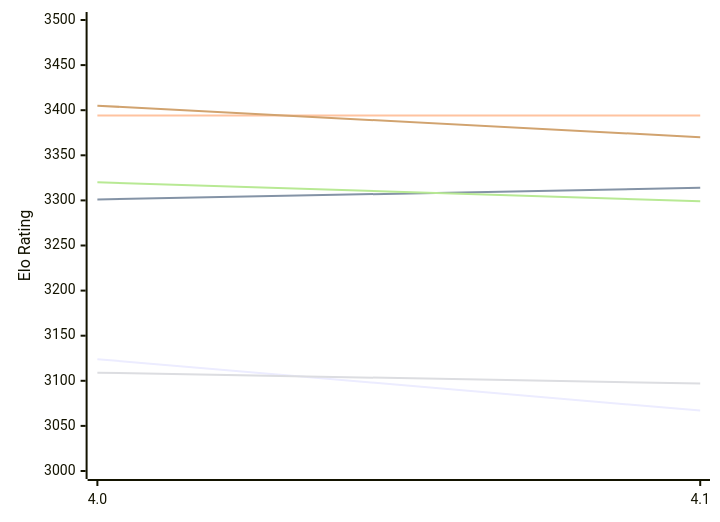
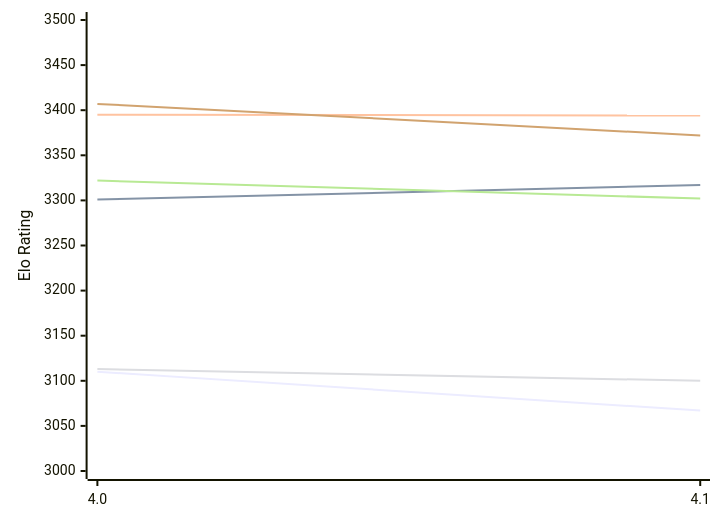
One commit to computer-chess-index/cci changed the first of 2 diagrams in engines/Petrel.md. Above: the diagram before and after it, drawn with Mermaid. The commit also changed other lines of this file, not shown here.

Commit message:
Update CCI Ratings (ELO VLTC) - 2026-11-24

````diff
--- a/engines/Petrel.md
+++ b/engines/Petrel.md
@@ -57,12 +57,12 @@
 ```mermaid
 %%{init: {"theme":"base","themeVariables":{"seriesColors:['#a3a3a3','#222221','#faa371']}}}%%
 xychart-beta
   x-axis ["4.0", "4.1"]
   y-axis "Elo Rating" 3000 --> 3500
-  line "E1: STC (8.0+0.08s)" [3124, 3067]
-  line "E1: LTC (60.0+0.60s)" [3301, 3314]
-  line "E1: VLTC (2m24s+1.12s)" [3394, 3394]
-  line "P1: STC (8.0+0.08s)" [3109, 3097]
-  line "P1: LTC (60.0+0.60s)" [3320, 3299]
-  line "P1: VLTC (2m24s+1.12s)" [3405, 3370]
+  line "E1: STC (8.0+0.08s)" [3110, 3067]
+  line "E1: LTC (60.0+0.60s)" [3301, 3317]
+  line "E1: VLTC (2m24s+1.12s)" [3395, 3394]
+  line "P1: STC (8.0+0.08s)" [3113, 3100]
+  line "P1: LTC (60.0+0.60s)" [3322, 3302]
+  line "P1: VLTC (2m24s+1.12s)" [3407, 3372]
 ```
````
